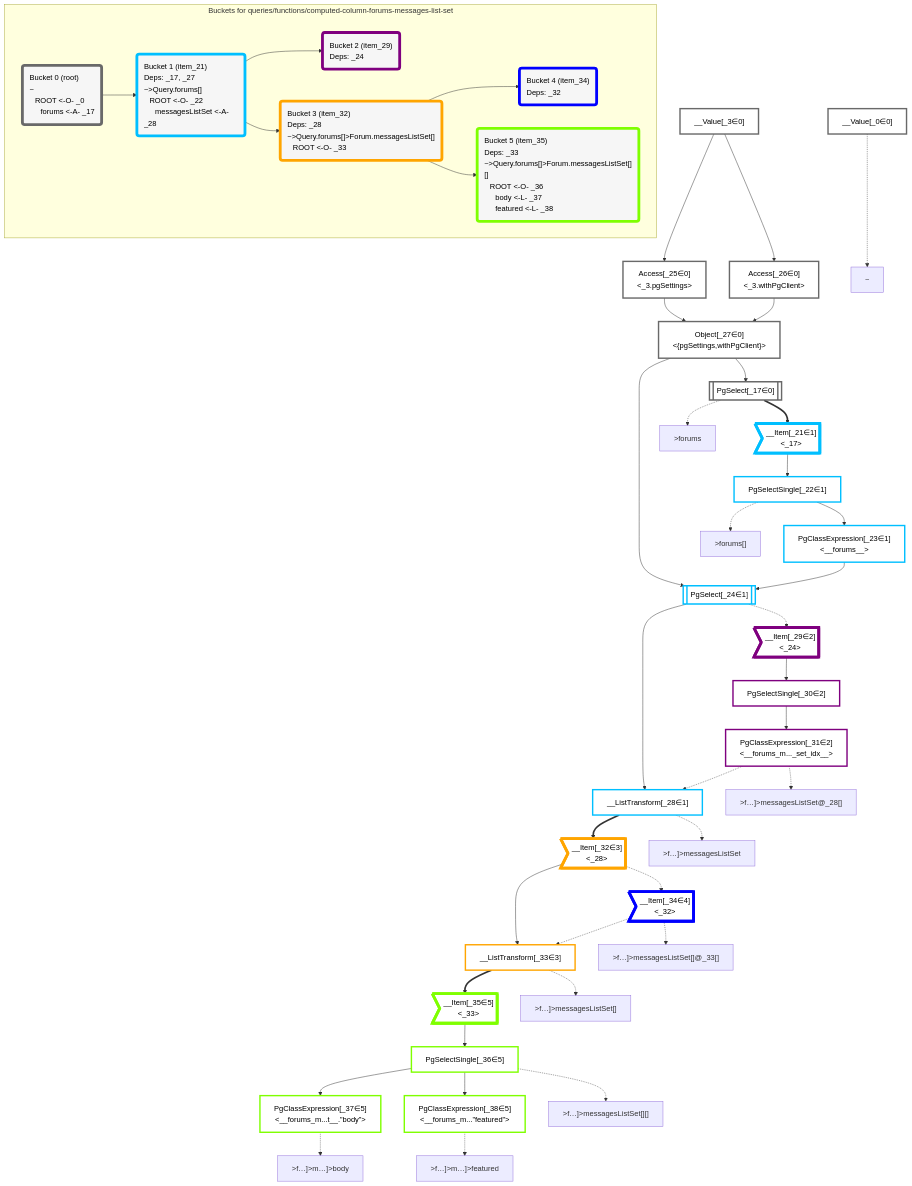
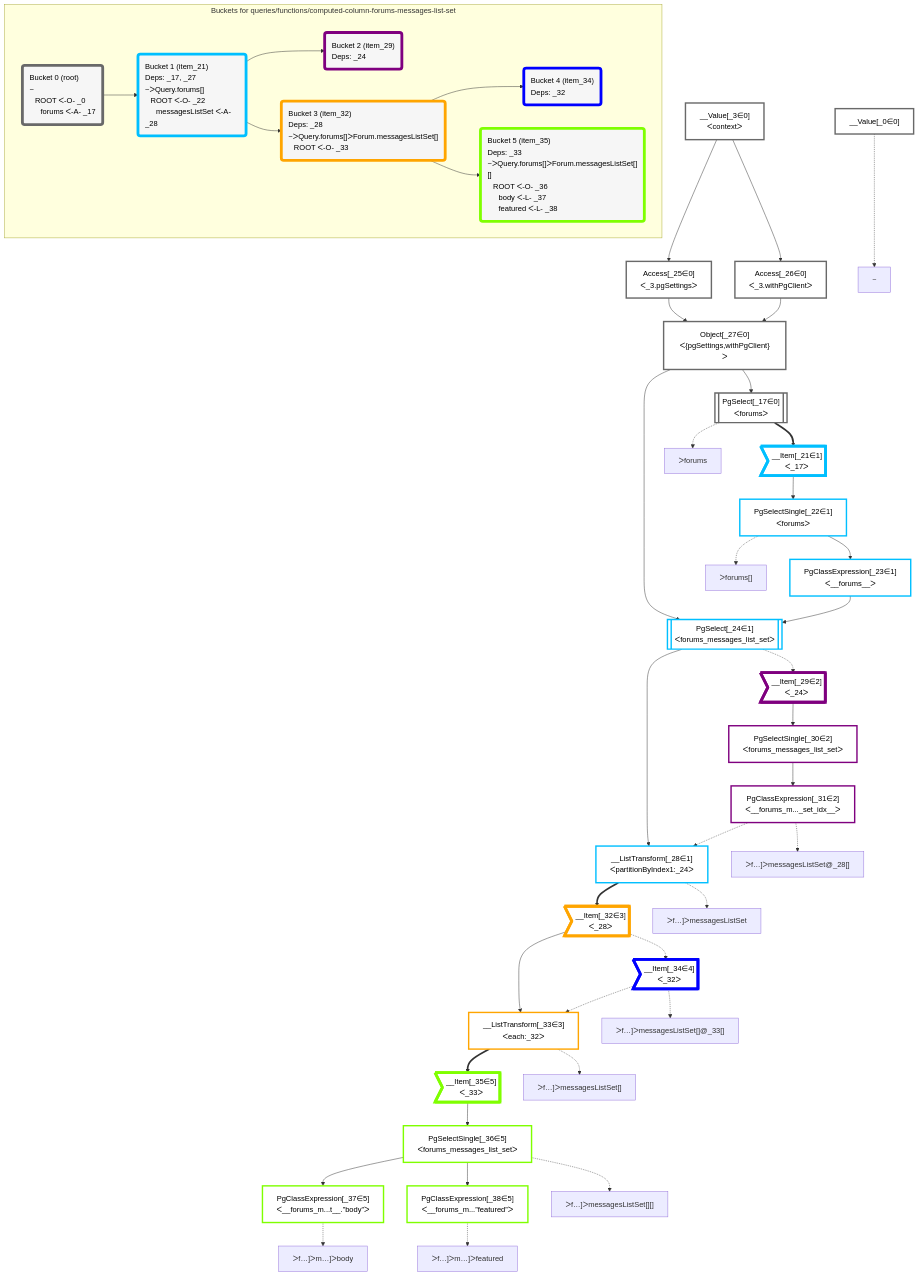
One commit to graphile/crystal changed the diagram in packages/dataplan-pg/__tests__/queries/functions/computed-column-forums-messages-list-set.deopt.mermaid.md. Above: the diagram before and after it, drawn with Mermaid. The commit also changed 195 other files, not shown here.

```diff
--- a/packages/dataplan-pg/__tests__/queries/functions/computed-column-forums-messages-list-set.deopt.mermaid.md
+++ b/packages/dataplan-pg/__tests__/queries/functions/computed-column-forums-messages-list-set.deopt.mermaid.md
@@ -9,26 +9,26 @@
 
     %% define plans
     __Value_0["__Value[_0∈0]"]:::plan
-    __Value_3["__Value[_3∈0]<br /><context>"]:::plan
-    PgSelect_17[["PgSelect[_17∈0]<br /><forums>"]]:::plan
-    __Item_21>"__Item[_21∈1]<br /><_17>"]:::itemplan
-    PgSelectSingle_22["PgSelectSingle[_22∈1]<br /><forums>"]:::plan
-    PgClassExpression_23["PgClassExpression[_23∈1]<br /><__forums__>"]:::plan
-    PgSelect_24[["PgSelect[_24∈1]<br /><forums_messages_list_set>"]]:::plan
-    Access_25["Access[_25∈0]<br /><_3.pgSettings>"]:::plan
-    Access_26["Access[_26∈0]<br /><_3.withPgClient>"]:::plan
-    Object_27["Object[_27∈0]<br /><{pgSettings,withPgClient}>"]:::plan
-    __ListTransform_28["__ListTransform[_28∈1]<br /><partitionByIndex1:_24>"]:::plan
-    __Item_29>"__Item[_29∈2]<br /><_24>"]:::itemplan
-    PgSelectSingle_30["PgSelectSingle[_30∈2]<br /><forums_messages_list_set>"]:::plan
-    PgClassExpression_31["PgClassExpression[_31∈2]<br /><__forums_m..._set_idx__>"]:::plan
-    __Item_32>"__Item[_32∈3]<br /><_28>"]:::itemplan
-    __ListTransform_33["__ListTransform[_33∈3]<br /><each:_32>"]:::plan
-    __Item_34>"__Item[_34∈4]<br /><_32>"]:::itemplan
-    __Item_35>"__Item[_35∈5]<br /><_33>"]:::itemplan
-    PgSelectSingle_36["PgSelectSingle[_36∈5]<br /><forums_messages_list_set>"]:::plan
-    PgClassExpression_37["PgClassExpression[_37∈5]<br /><__forums_m...t__.”body”>"]:::plan
-    PgClassExpression_38["PgClassExpression[_38∈5]<br /><__forums_m...”featured”>"]:::plan
+    __Value_3["__Value[_3∈0]<br />ᐸcontextᐳ"]:::plan
+    PgSelect_17[["PgSelect[_17∈0]<br />ᐸforumsᐳ"]]:::plan
+    __Item_21>"__Item[_21∈1]<br />ᐸ_17ᐳ"]:::itemplan
+    PgSelectSingle_22["PgSelectSingle[_22∈1]<br />ᐸforumsᐳ"]:::plan
+    PgClassExpression_23["PgClassExpression[_23∈1]<br />ᐸ__forums__ᐳ"]:::plan
+    PgSelect_24[["PgSelect[_24∈1]<br />ᐸforums_messages_list_setᐳ"]]:::plan
+    Access_25["Access[_25∈0]<br />ᐸ_3.pgSettingsᐳ"]:::plan
+    Access_26["Access[_26∈0]<br />ᐸ_3.withPgClientᐳ"]:::plan
+    Object_27["Object[_27∈0]<br />ᐸ{pgSettings,withPgClient}ᐳ"]:::plan
+    __ListTransform_28["__ListTransform[_28∈1]<br />ᐸpartitionByIndex1:_24ᐳ"]:::plan
+    __Item_29>"__Item[_29∈2]<br />ᐸ_24ᐳ"]:::itemplan
+    PgSelectSingle_30["PgSelectSingle[_30∈2]<br />ᐸforums_messages_list_setᐳ"]:::plan
+    PgClassExpression_31["PgClassExpression[_31∈2]<br />ᐸ__forums_m..._set_idx__ᐳ"]:::plan
+    __Item_32>"__Item[_32∈3]<br />ᐸ_28ᐳ"]:::itemplan
+    __ListTransform_33["__ListTransform[_33∈3]<br />ᐸeach:_32ᐳ"]:::plan
+    __Item_34>"__Item[_34∈4]<br />ᐸ_32ᐳ"]:::itemplan
+    __Item_35>"__Item[_35∈5]<br />ᐸ_33ᐳ"]:::itemplan
+    PgSelectSingle_36["PgSelectSingle[_36∈5]<br />ᐸforums_messages_list_setᐳ"]:::plan
+    PgClassExpression_37["PgClassExpression[_37∈5]<br />ᐸ__forums_m...t__.”body”ᐳ"]:::plan
+    PgClassExpression_38["PgClassExpression[_38∈5]<br />ᐸ__forums_m...”featured”ᐳ"]:::plan
 
     %% plan dependencies
     Object_27 --> PgSelect_17
@@ -58,23 +58,23 @@
     %% plan-to-path relationships
     P_0["~"]
     __Value_0 -.-> P_0
-    P_17[">forums"]
+    P_17["ᐳforums"]
     PgSelect_17 -.-> P_17
-    P_22[">forums[]"]
+    P_22["ᐳforums[]"]
     PgSelectSingle_22 -.-> P_22
-    P_28[">f…]>messagesListSet"]
+    P_28["ᐳf…]ᐳmessagesListSet"]
     __ListTransform_28 -.-> P_28
-    P_31[">f…]>messagesListSet@_28[]"]
+    P_31["ᐳf…]ᐳmessagesListSet@_28[]"]
     PgClassExpression_31 -.-> P_31
-    P_33[">f…]>messagesListSet[]"]
+    P_33["ᐳf…]ᐳmessagesListSet[]"]
     __ListTransform_33 -.-> P_33
-    P_34[">f…]>messagesListSet[]@_33[]"]
+    P_34["ᐳf…]ᐳmessagesListSet[]@_33[]"]
     __Item_34 -.-> P_34
-    P_36[">f…]>messagesListSet[][]"]
+    P_36["ᐳf…]ᐳmessagesListSet[][]"]
     PgSelectSingle_36 -.-> P_36
-    P_37[">f…]>m…]>body"]
+    P_37["ᐳf…]ᐳm…]ᐳbody"]
     PgClassExpression_37 -.-> P_37
-    P_38[">f…]>m…]>featured"]
+    P_38["ᐳf…]ᐳm…]ᐳfeatured"]
     PgClassExpression_38 -.-> P_38
 
     %% allocate buckets
@@ -92,21 +92,21 @@
     class __Item_35,PgSelectSingle_36,PgClassExpression_37,PgClassExpression_38 bucket5
 
     subgraph "Buckets for queries/functions/computed-column-forums-messages-list-set"
-    Bucket0("Bucket 0 (root)<br />~<br />⠀ROOT <-O- _0<br />⠀⠀forums <-A- _17"):::bucket
+    Bucket0("Bucket 0 (root)<br />~<br />⠀ROOT ᐸ-O- _0<br />⠀⠀forums ᐸ-A- _17"):::bucket
     style Bucket0 stroke:#696969
-    Bucket1("Bucket 1 (item_21)<br />Deps: _17, _27<br />~>Query.forums[]<br />⠀ROOT <-O- _22<br />⠀⠀messagesListSet <-A- _28"):::bucket
+    Bucket1("Bucket 1 (item_21)<br />Deps: _17, _27<br />~ᐳQuery.forums[]<br />⠀ROOT ᐸ-O- _22<br />⠀⠀messagesListSet ᐸ-A- _28"):::bucket
     style Bucket1 stroke:#00bfff
     Bucket0 --> Bucket1
     Bucket2("Bucket 2 (item_29)<br />Deps: _24"):::bucket
     style Bucket2 stroke:#7f007f
     Bucket1 --> Bucket2
-    Bucket3("Bucket 3 (item_32)<br />Deps: _28<br />~>Query.forums[]>Forum.messagesListSet[]<br />⠀ROOT <-O- _33"):::bucket
+    Bucket3("Bucket 3 (item_32)<br />Deps: _28<br />~ᐳQuery.forums[]ᐳForum.messagesListSet[]<br />⠀ROOT ᐸ-O- _33"):::bucket
     style Bucket3 stroke:#ffa500
     Bucket1 --> Bucket3
     Bucket4("Bucket 4 (item_34)<br />Deps: _32"):::bucket
     style Bucket4 stroke:#0000ff
     Bucket3 --> Bucket4
-    Bucket5("Bucket 5 (item_35)<br />Deps: _33<br />~>Query.forums[]>Forum.messagesListSet[][]<br />⠀ROOT <-O- _36<br />⠀⠀body <-L- _37<br />⠀⠀featured <-L- _38"):::bucket
+    Bucket5("Bucket 5 (item_35)<br />Deps: _33<br />~ᐳQuery.forums[]ᐳForum.messagesListSet[][]<br />⠀ROOT ᐸ-O- _36<br />⠀⠀body ᐸ-L- _37<br />⠀⠀featured ᐸ-L- _38"):::bucket
     style Bucket5 stroke:#7fff00
     Bucket3 --> Bucket5
     end
```
